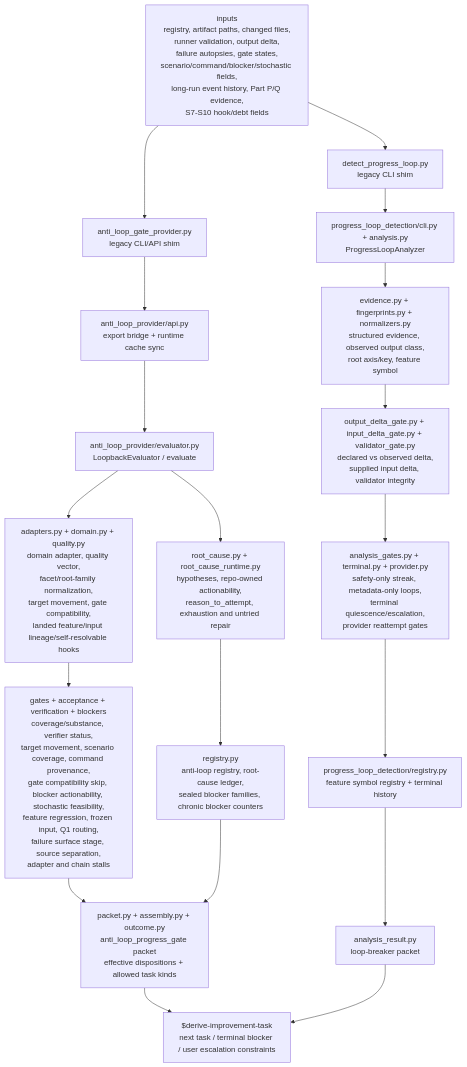
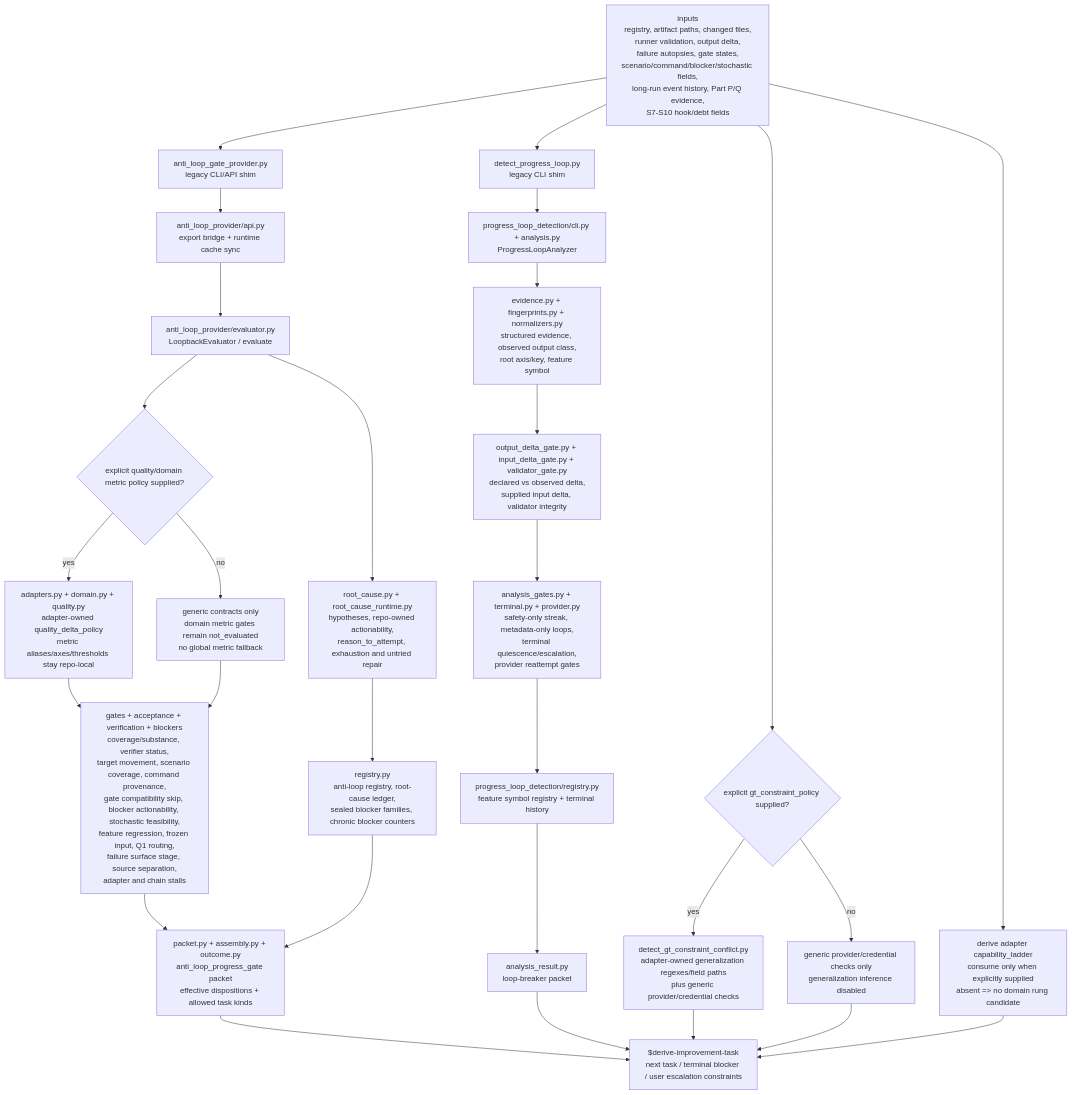
The seventh of 8 diagrams in README.md (sw1029/workflow_swfool), drawn with Mermaid before and after one commit. The commit also changed other lines of this file and 59 other files, not shown here.

````diff
--- a/README.md
+++ b/README.md
@@ -333,30 +343,43 @@
 ```mermaid
 flowchart TD
   Inputs["inputs<br/>registry, artifact paths, changed files,<br/>runner validation, output delta,<br/>failure autopsies, gate states,<br/>scenario/command/blocker/stochastic fields,<br/>long-run event history, Part P/Q evidence,<br/>S7-S10 hook/debt fields"]
 
   LoopbackCLI["anti_loop_gate_provider.py<br/>legacy CLI/API shim"]
   LoopbackAPI["anti_loop_provider/api.py<br/>export bridge + runtime cache sync"]
   LoopbackEval["anti_loop_provider/evaluator.py<br/>LoopbackEvaluator / evaluate"]
-  AdapterLayer["adapters.py + domain.py + quality.py<br/>domain adapter, quality vector,<br/>facet/root-family normalization,<br/>target movement, gate compatibility,<br/>landed feature/input lineage/self-resolvable hooks"]
+  AdapterPolicy{"explicit quality/domain metric policy supplied?"}
+  AdapterLayer["adapters.py + domain.py + quality.py<br/>adapter-owned quality_delta_policy<br/>metric aliases/axes/thresholds stay repo-local"]
+  GenericOnly["generic contracts only<br/>domain metric gates remain not_evaluated<br/>no global metric fallback"]
   LoopGates["gates + acceptance + verification + blockers<br/>coverage/substance, verifier status,<br/>target movement, scenario coverage, command provenance,<br/>gate compatibility skip, blocker actionability, stochastic feasibility,<br/>feature regression, frozen input, Q1 routing,<br/>failure surface stage, source separation,<br/>adapter and chain stalls"]
   RootCause["root_cause.py + root_cause_runtime.py<br/>hypotheses, repo-owned actionability,<br/>reason_to_attempt, exhaustion and untried repair"]
   LoopRegistry["registry.py<br/>anti-loop registry, root-cause ledger,<br/>sealed blocker families, chronic blocker counters"]
   LoopPacket["packet.py + assembly.py + outcome.py<br/>anti_loop_progress_gate packet<br/>effective dispositions + allowed task kinds"]
 
   DetectCLI["detect_progress_loop.py<br/>legacy CLI shim"]
   DetectAnalyzer["progress_loop_detection/cli.py + analysis.py<br/>ProgressLoopAnalyzer"]
   DetectEvidence["evidence.py + fingerprints.py + normalizers.py<br/>structured evidence, observed output class,<br/>root axis/key, feature symbol"]
   DetectGates["output_delta_gate.py + input_delta_gate.py + validator_gate.py<br/>declared vs observed delta,<br/>supplied input delta, validator integrity"]
   DetectTerminal["analysis_gates.py + terminal.py + provider.py<br/>safety-only streak, metadata-only loops,<br/>terminal quiescence/escalation,<br/>provider reattempt gates"]
   DetectRegistry["progress_loop_detection/registry.py<br/>feature symbol registry + terminal history"]
   DetectPacket["analysis_result.py<br/>loop-breaker packet"]
 
+  GTPolicy{"explicit gt_constraint_policy supplied?"}
+  GTDetector["detect_gt_constraint_conflict.py<br/>adapter-owned generalization regexes/field paths<br/>plus generic provider/credential checks"]
+  GTGeneric["generic provider/credential checks only<br/>generalization inference disabled"]
+  Capability["derive adapter capability_ladder<br/>consume only when explicitly supplied<br/>absent => no domain rung candidate"]
+
   Derive["$derive-improvement-task<br/>next task / terminal blocker / user escalation constraints"]
 
   Inputs --> LoopbackCLI --> LoopbackAPI --> LoopbackEval
-  LoopbackEval --> AdapterLayer --> LoopGates --> LoopPacket
+  LoopbackEval --> AdapterPolicy
+  AdapterPolicy -- yes --> AdapterLayer --> LoopGates --> LoopPacket
+  AdapterPolicy -- no --> GenericOnly --> LoopGates
   LoopbackEval --> RootCause --> LoopRegistry --> LoopPacket
   LoopPacket --> Derive
 
   Inputs --> DetectCLI --> DetectAnalyzer --> DetectEvidence --> DetectGates --> DetectTerminal --> DetectRegistry --> DetectPacket --> Derive
+  Inputs --> GTPolicy
+  GTPolicy -- yes --> GTDetector --> Derive
+  GTPolicy -- no --> GTGeneric --> Derive
+  Inputs --> Capability --> Derive
 ```
````
